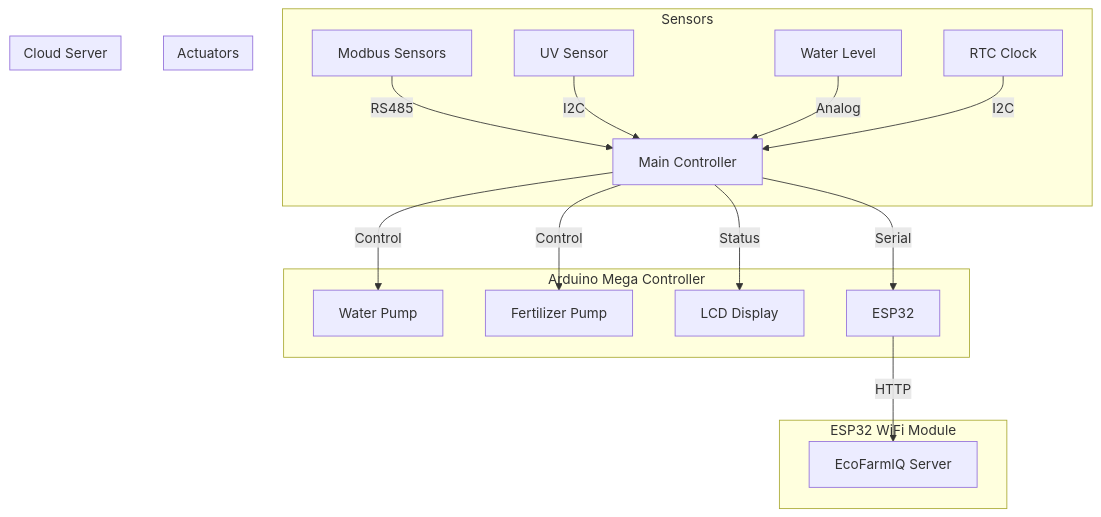
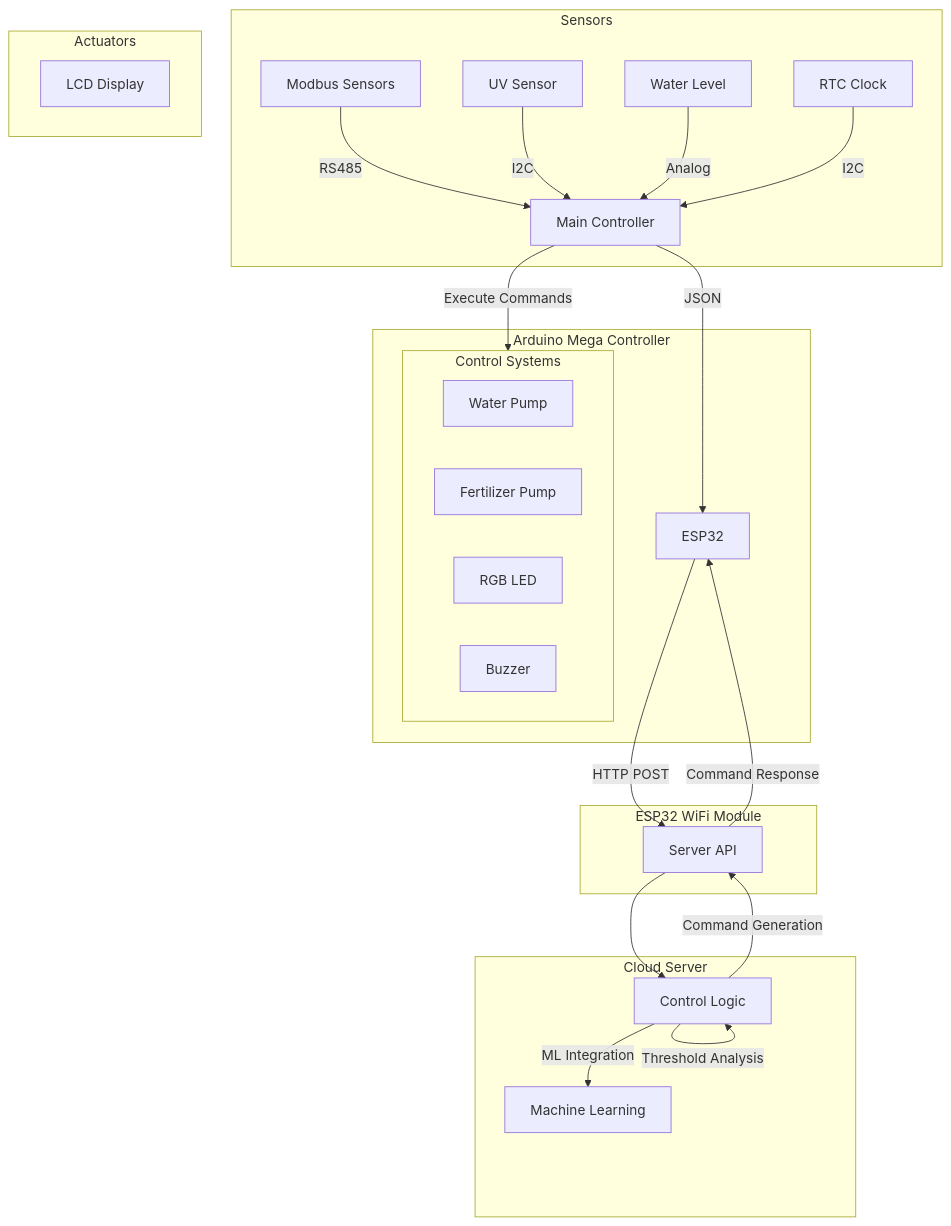
One commit to Hayle-HB/ecofarmIQ_AASTU changed the second of 2 diagrams in ReadMe.md. Above: the diagram before and after it, drawn with Mermaid. The commit also changed other lines of this file and 1 other file, not shown here.

Commit message:
api endpoints entegrated

````diff
--- a/ReadMe.md
+++ b/ReadMe.md
@@ -22,30 +23,36 @@
 ```mermaid
 graph TD
     subgraph Sensors
         A1[Modbus Sensors] --> |RS485| AM
         A2[UV Sensor] --> |I2C| AM
         A3[Water Level] --> |Analog| AM
         A4[RTC Clock] --> |I2C| AM
     end
 
     subgraph Arduino Mega[Arduino Mega Controller]
-        AM[Main Controller] --> |Control| P1
-        AM --> |Control| P2
-        AM --> |Status| LCD
-        AM --> |Serial| ESP
+        AM[Main Controller] --> |JSON| ESP
+        AM --> |Execute Commands| ACT
     end
 
-    subgraph Actuators
-        P1[Water Pump]
-        P2[Fertilizer Pump]
+    subgraph Actuators[Actuators]
+        subgraph ACT[Control Systems]
+            P1[Water Pump]
+            P2[Fertilizer Pump]
+            LED[RGB LED]
+            BUZ[Buzzer]
+        end
         LCD[LCD Display]
     end
 
     subgraph ESP32[ESP32 WiFi Module]
-        ESP[ESP32] --> |HTTP| SRV
+        ESP[ESP32] --> |HTTP POST| API
+        API[Server API] --> |Command Response| ESP
     end
 
     subgraph Server[Cloud Server]
-        SRV[EcoFarmIQ Server]
+        API --> CTRL[Control Logic]
+        CTRL --> |Threshold Analysis| CTRL
+        CTRL --> |Command Generation| API
+        CTRL --> |ML Integration| ML[Machine Learning]
     end
 ```
````
